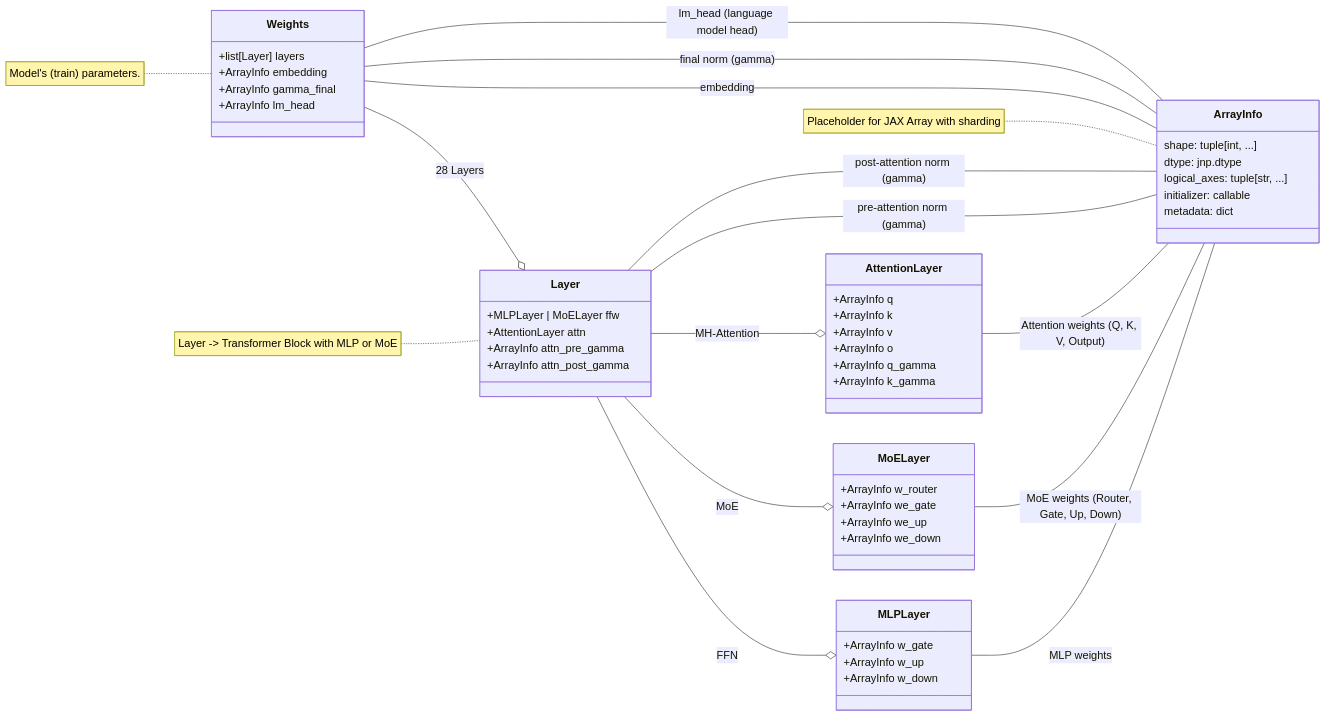
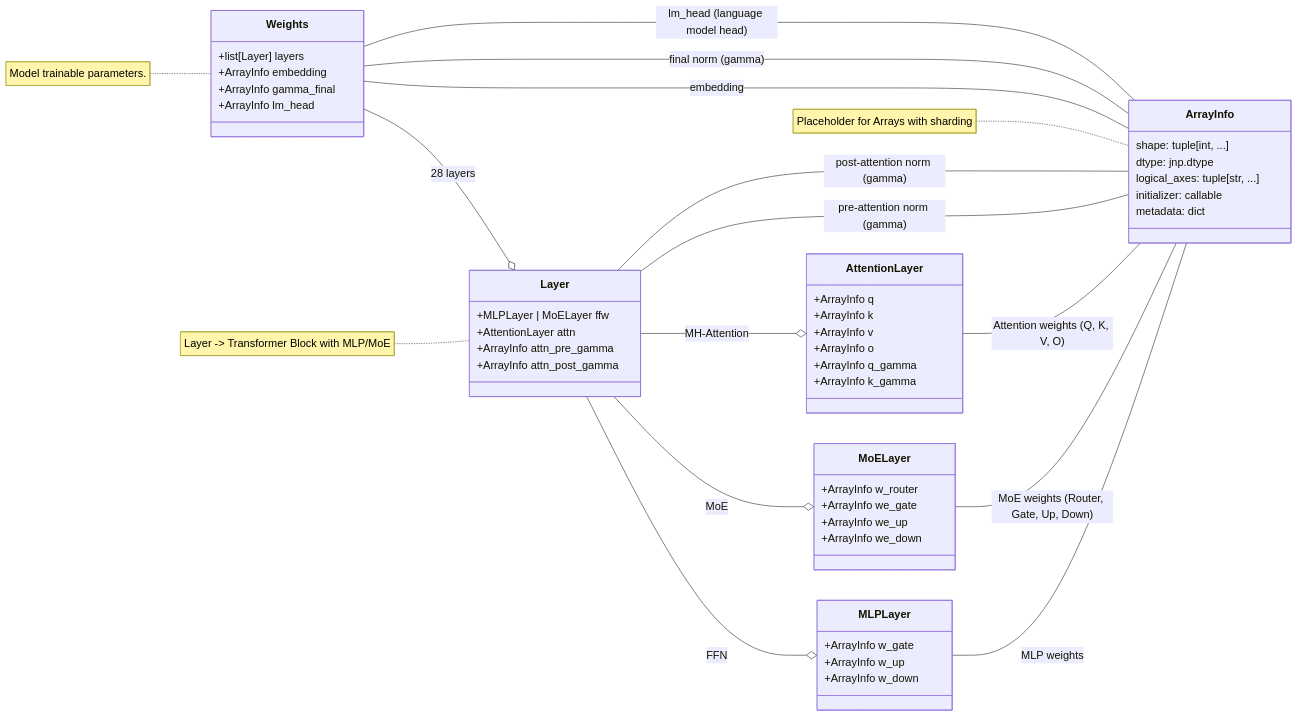
One commit to Reidmen/jllm changed the diagram in README.md. Above: the diagram before and after it, drawn with Mermaid. The commit also changed other lines of this file and 1 other file, not shown here.

Commit message:
updated readme and more moe

````diff
--- a/README.md
+++ b/README.md
@@ -46,67 +46,67 @@
 ```mermaid
 %%{init: { 'themeVariables': { 'fontSize': '18px'}}}%%
 classDiagram
   direction LR
   class Weights {
     +list[Layer] layers
     +ArrayInfo embedding
     +ArrayInfo gamma_final
     +ArrayInfo lm_head
   }
 
   class Layer {
     +MLPLayer | MoELayer ffw
     +AttentionLayer attn
     +ArrayInfo attn_pre_gamma
     +ArrayInfo attn_post_gamma
   }
 
   class MLPLayer {
     +ArrayInfo w_gate
     +ArrayInfo w_up
     +ArrayInfo w_down
   }
 
   class AttentionLayer {
     +ArrayInfo q
     +ArrayInfo k
     +ArrayInfo v
     +ArrayInfo o
     +ArrayInfo q_gamma
     +ArrayInfo k_gamma
   }
 
   class MoELayer {
     +ArrayInfo w_router
     +ArrayInfo we_gate
     +ArrayInfo we_up
     +ArrayInfo we_down
   }
 
   class ArrayInfo {
     shape: tuple[int, ...]
     dtype: jnp.dtype
     logical_axes: tuple[str, ...]
     initializer: callable
     metadata: dict
   }
 
-  Weights --o Layer : 28 Layers
+  Weights --o Layer : 28 layers
   Weights -- ArrayInfo : embedding
   Weights -- ArrayInfo : final norm (gamma)
   Weights -- ArrayInfo : lm_head (language model head)
 
   Layer --o MLPLayer : FFN
   Layer --o MoELayer : MoE
   Layer --o AttentionLayer : MH-Attention
   Layer -- ArrayInfo : pre-attention norm (gamma)
   Layer -- ArrayInfo : post-attention norm (gamma)
 
   MLPLayer -- ArrayInfo : MLP weights
-  AttentionLayer -- ArrayInfo : Attention weights (Q, K, V, Output)
+  AttentionLayer -- ArrayInfo : Attention weights (Q, K, V, O)
   MoELayer -- ArrayInfo : MoE weights (Router, Gate, Up, Down)
 
-  note for Weights "Model's (train) parameters."
-  note for Layer "Layer -> Transformer Block with MLP or MoE"
-  note for ArrayInfo "Placeholder for JAX Array with sharding"
+  note for Weights "Model trainable parameters."
+  note for Layer "Layer -> Transformer Block with MLP/MoE"
+  note for ArrayInfo "Placeholder for Arrays with sharding"
 ```
````
